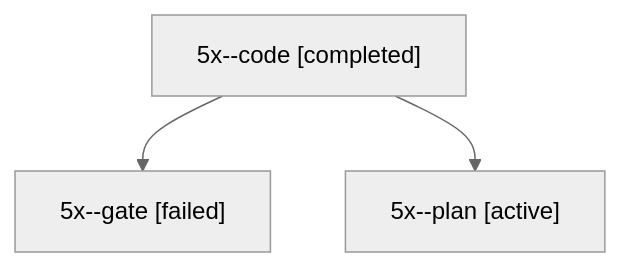
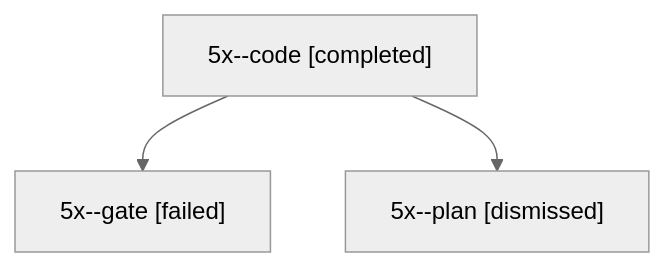
One commit to sase-org/sase--agents changed the diagram in sessions/bbugyi200.apollo.5x.md. Above: the diagram before and after it, drawn with Mermaid (neutral theme). The commit also changed other lines of this file and 10 other files, not shown here.

````diff
--- a/sessions/bbugyi200.apollo.5x.md
+++ b/sessions/bbugyi200.apollo.5x.md
@@ -9,8 +9,8 @@
 ```mermaid
 flowchart TD
   n0["5x--code [completed]"]
   n1["5x--gate [failed]"]
   n0 --> n1
-  n2["5x--plan [active]"]
+  n2["5x--plan [dismissed]"]
   n0 --> n2
 ```
````
